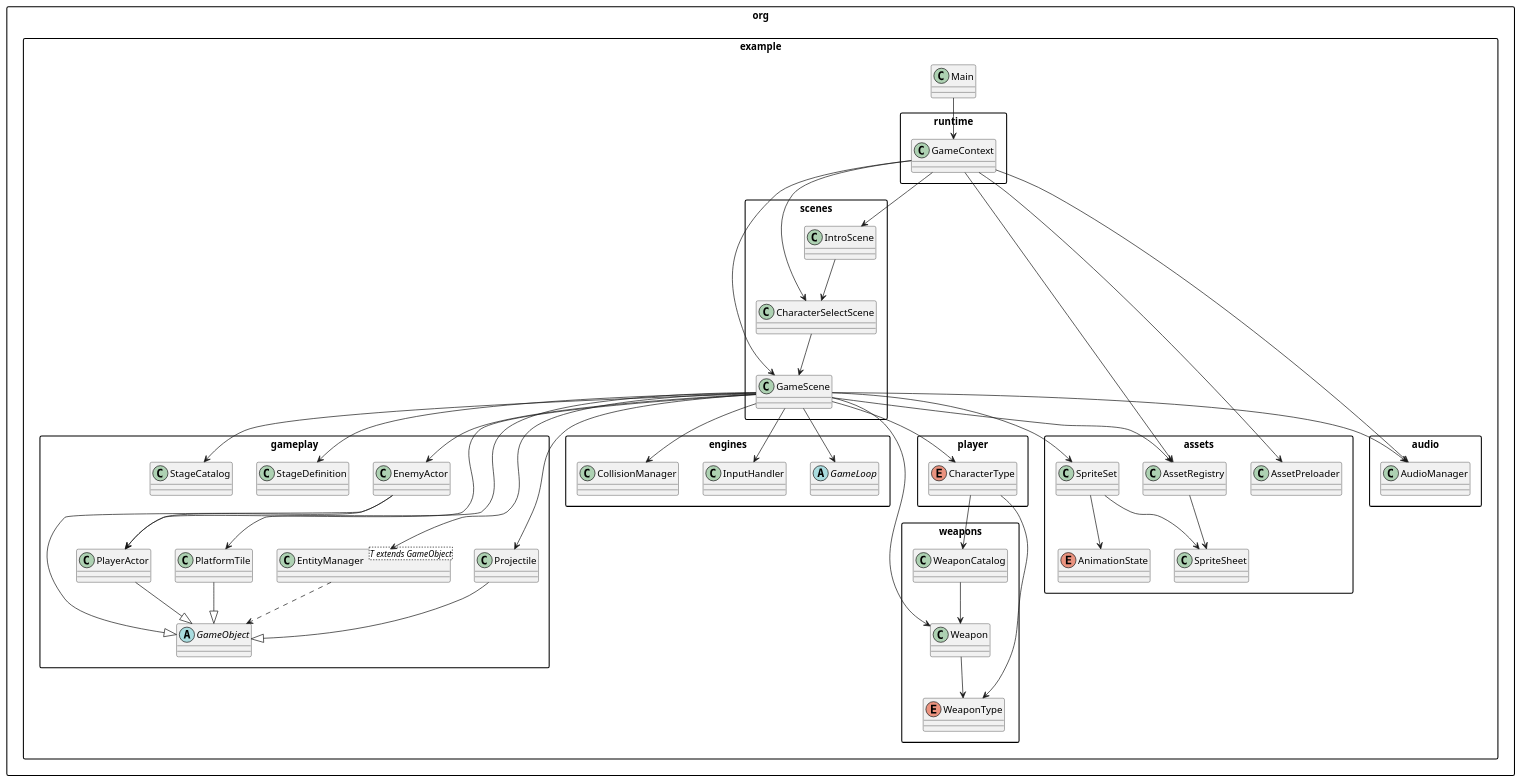
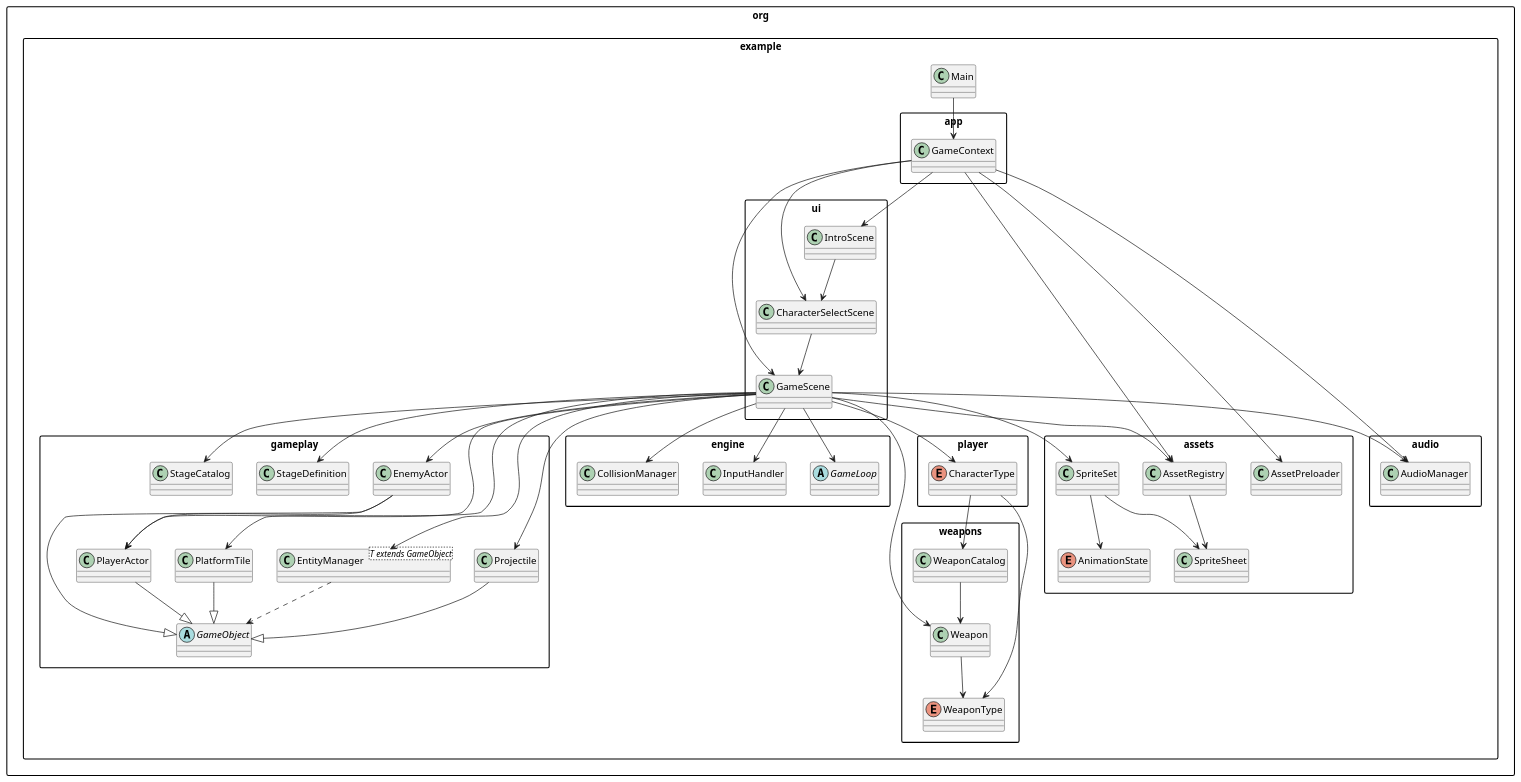
The diagram in docs/class-diagram.puml (x1ren/Lair---FinalOOP-project), drawn with PlantUML before and after one commit. The commit also changed 16 other files, not shown here.

First line of the commit message:
refactor: layer packages into app, ui, and engine

```diff
--- a/docs/class-diagram.puml
+++ b/docs/class-diagram.puml
@@ -1,100 +1,100 @@
 @startuml
 skinparam classAttributeIconSize 0
 skinparam packageStyle rectangle
 
 package "org.example" {
   class Main
 }
 
-package "org.example.scenes" {
+package "org.example.ui" {
   class IntroScene
   class CharacterSelectScene
   class GameScene
 }
 
 package "org.example.player" {
   enum CharacterType
 }
 
-package "org.example.runtime" {
+package "org.example.app" {
   class GameContext
 }
 
 package "org.example.assets" {
   class AssetRegistry
   class AssetPreloader
   class SpriteSheet
   class SpriteSet
   enum AnimationState
 }
 
 package "org.example.audio" {
   class AudioManager
 }
 
-package "org.example.engines" {
+package "org.example.engine" {
   abstract class GameLoop
   class InputHandler
   class CollisionManager
 }
 
 package "org.example.gameplay" {
   abstract class GameObject
   class PlayerActor
   class EnemyActor
   class Projectile
   class PlatformTile
   class StageDefinition
   class StageCatalog
   class "EntityManager<T extends GameObject>" as EntityManager
 }
 
 package "org.example.weapons" {
   class Weapon
   class WeaponCatalog
   enum WeaponType
 }
 
 Main --> GameContext
 GameContext --> IntroScene
 GameContext --> CharacterSelectScene
 GameContext --> GameScene
 GameContext --> AssetRegistry
 GameContext --> AudioManager
 GameContext --> AssetPreloader
 IntroScene --> CharacterSelectScene
 CharacterSelectScene --> GameScene
 
 GameScene --> CharacterType
 GameScene --> Weapon
 GameScene --> InputHandler
 GameScene --> CollisionManager
 GameScene --> GameLoop
 GameScene --> PlayerActor
 GameScene --> EnemyActor
 GameScene --> Projectile
 GameScene --> PlatformTile
 GameScene --> StageCatalog
 GameScene --> StageDefinition
 GameScene --> EntityManager
 GameScene --> AssetRegistry
 GameScene --> AudioManager
 GameScene --> SpriteSet
 
 PlayerActor --|> GameObject
 EnemyActor --|> GameObject
 Projectile --|> GameObject
 PlatformTile --|> GameObject
 
 EntityManager ..> GameObject
 EnemyActor --> PlayerActor
 CharacterType --> WeaponCatalog
 CharacterType --> WeaponType
 
 AssetRegistry --> SpriteSheet
 SpriteSet --> SpriteSheet
 SpriteSet --> AnimationState
 WeaponCatalog --> Weapon
 Weapon --> WeaponType
 
 @enduml
```
